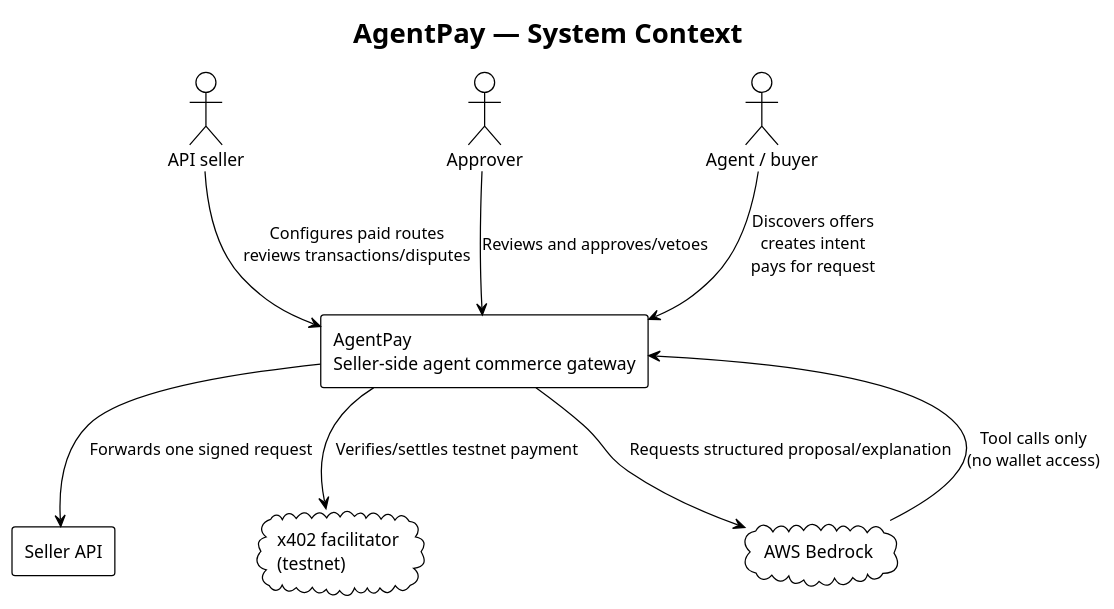
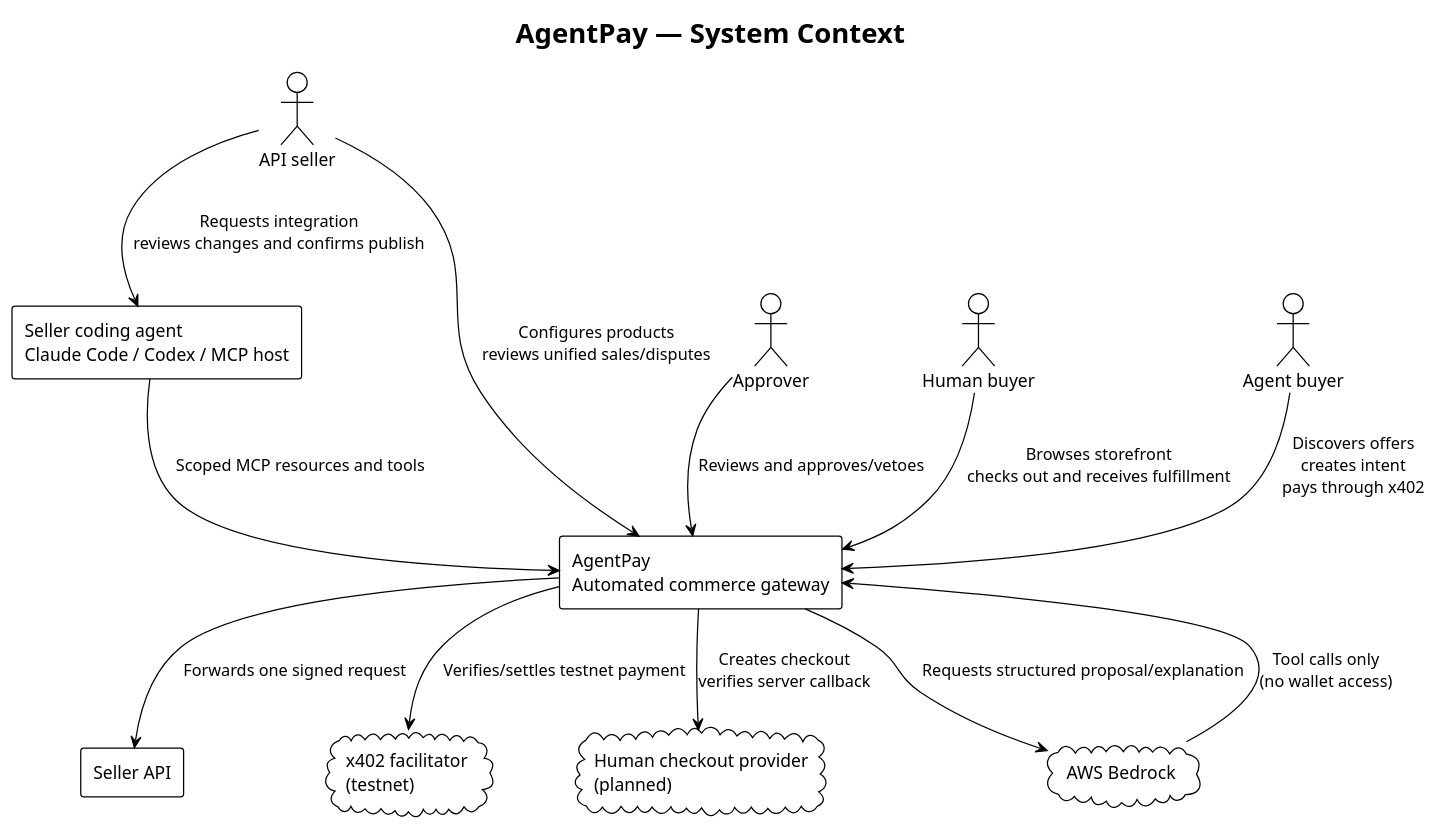
One commit to PrathamRanka/fourGeez changed the diagram in docs/uml/system-context.puml. Above: the diagram before and after it, drawn with PlantUML. The commit also changed other lines of this file and 16 other files, not shown here.

Commit message:
docs: define automated seller commerce roadmap

```diff
--- a/docs/uml/system-context.puml
+++ b/docs/uml/system-context.puml
@@ -1,20 +1,27 @@
 @startuml AgentPay System Context
 !theme plain
 title AgentPay — System Context
 
 actor "API seller" as Seller
 actor "Approver" as Approver
-actor "Agent / buyer" as Buyer
-rectangle "AgentPay\nSeller-side agent commerce gateway" as AgentPay
+actor "Human buyer" as HumanBuyer
+actor "Agent buyer" as AgentBuyer
+rectangle "Seller coding agent\nClaude Code / Codex / MCP host" as CodingAgent
+rectangle "AgentPay\nAutomated commerce gateway" as AgentPay
 rectangle "Seller API" as SellerAPI
 cloud "x402 facilitator\n(testnet)" as Facilitator
+cloud "Human checkout provider\n(planned)" as HumanCheckout
 cloud "AWS Bedrock" as Bedrock
 
-Seller --> AgentPay : Configures paid routes\nreviews transactions/disputes
-Buyer --> AgentPay : Discovers offers\ncreates intent\npays for request
+Seller --> CodingAgent : Requests integration\nreviews changes and confirms publish
+CodingAgent --> AgentPay : Scoped MCP resources and tools
+Seller --> AgentPay : Configures products\nreviews unified sales/disputes
+HumanBuyer --> AgentPay : Browses storefront\nchecks out and receives fulfillment
+AgentBuyer --> AgentPay : Discovers offers\ncreates intent\npays through x402
 Approver --> AgentPay : Reviews and approves/vetoes
 AgentPay --> SellerAPI : Forwards one signed request
 AgentPay --> Facilitator : Verifies/settles testnet payment
+AgentPay --> HumanCheckout : Creates checkout\nverifies server callback
 AgentPay --> Bedrock : Requests structured proposal/explanation
 Bedrock --> AgentPay : Tool calls only\n(no wallet access)
 @enduml
```
